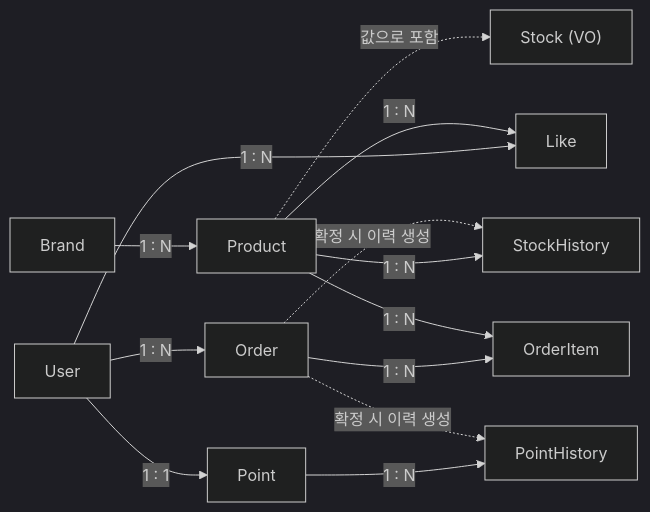
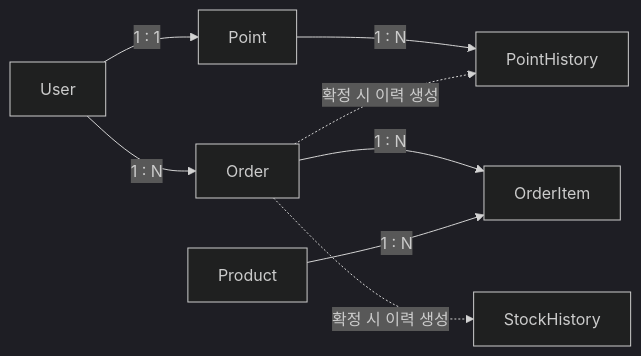
One commit to Jomeun/loop-pack-be-l2-vol5-java changed the fourth of 7 diagrams in docs/week2/system-design.md. Above: the diagram before and after it, drawn with Mermaid (dark theme). The commit also changed other lines of this file and 1 other file, not shown here.

````diff
--- a/docs/week2/system-design.md
+++ b/docs/week2/system-design.md
@@ -259,26 +285,18 @@
 ```mermaid
 flowchart LR
-    Brand[Brand]
+    User[User]
+    Order[Order]
+    OrderItem[OrderItem]
     Product[Product]
-    Stock["Stock (VO)"]
-    StockHistory[StockHistory]
-    User[User]
-    Like[Like]
     Point[Point]
     PointHistory[PointHistory]
-    Order[Order]
-    OrderItem[OrderItem]
+    StockHistory[StockHistory]
 
-    Brand -->|1 : N| Product
-    Product -.->|값으로 포함| Stock
-    Product -->|1 : N| StockHistory
-    User -->|1 : N| Like
-    Product -->|1 : N| Like
     User -->|1 : 1| Point
     Point -->|1 : N| PointHistory
     User -->|1 : N| Order
     Order -->|1 : N| OrderItem
     Product -->|1 : N| OrderItem
     Order -.->|확정 시 이력 생성| StockHistory
     Order -.->|확정 시 이력 생성| PointHistory
 ```
````
